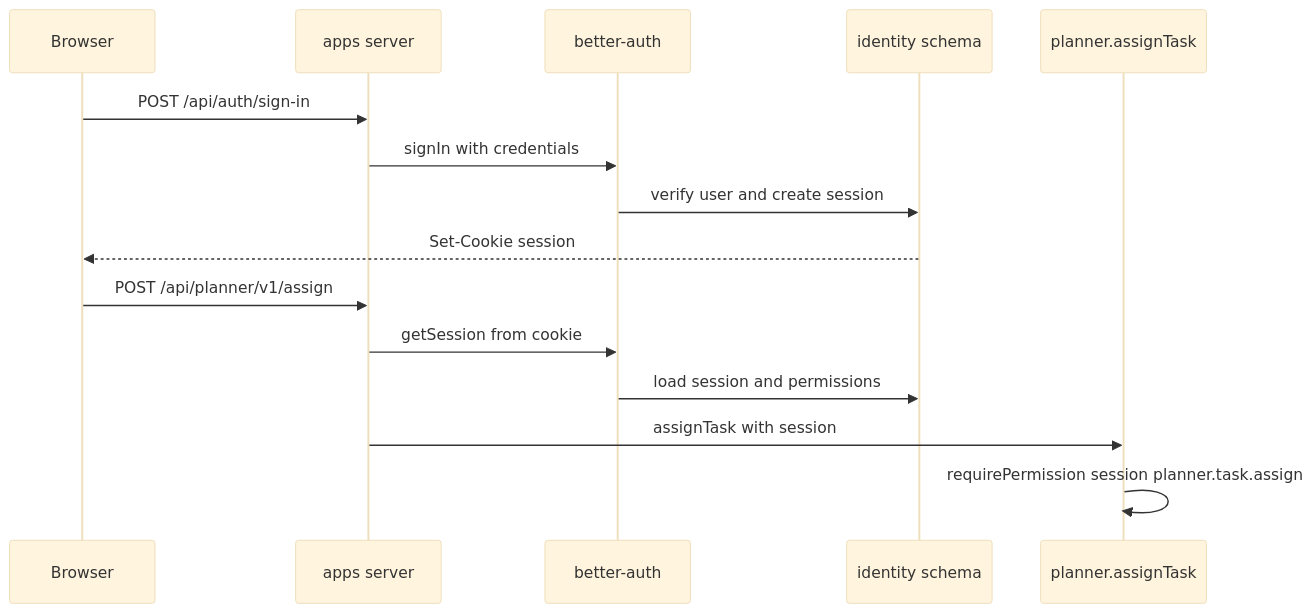
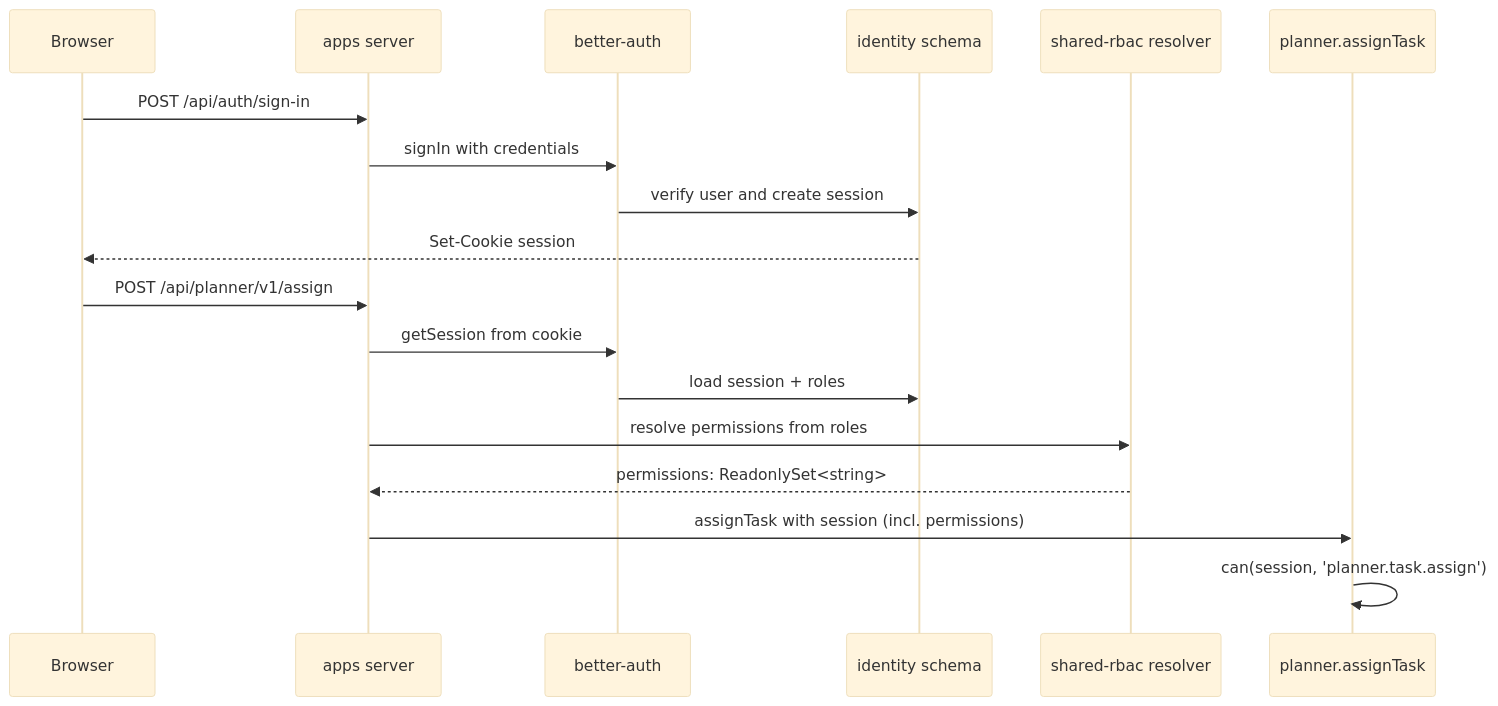
One commit to Seta-International/agent-platform changed the fifth of 8 diagrams in docs/architecture.md. Above: the diagram before and after it, drawn with Mermaid (base theme). The commit also changed other lines of this file and 4 other files, not shown here.

Commit message:
feat(gen): scaffold rbac manifest + regen keys; docs: architecture §11 resolution engine

````diff
--- a/docs/architecture.md
+++ b/docs/architecture.md
@@ -390,18 +403,21 @@
 ```mermaid
 sequenceDiagram
     participant Browser
     participant Hono as apps server
     participant Auth as better-auth
     participant DB as identity schema
+    participant RBAC as shared-rbac resolver
     participant Mod as planner.assignTask
 
     Browser->>Hono: POST /api/auth/sign-in
     Hono->>Auth: signIn with credentials
     Auth->>DB: verify user and create session
     DB-->>Browser: Set-Cookie session
     Browser->>Hono: POST /api/planner/v1/assign
     Hono->>Auth: getSession from cookie
-    Auth->>DB: load session and permissions
-    Hono->>Mod: assignTask with session
-    Mod->>Mod: requirePermission session planner.task.assign
+    Auth->>DB: load session + roles
+    Hono->>RBAC: resolve permissions from roles
+    RBAC-->>Hono: permissions: ReadonlySet<string>
+    Hono->>Mod: assignTask with session (incl. permissions)
+    Mod->>Mod: can(session, 'planner.task.assign')
 ```
````
